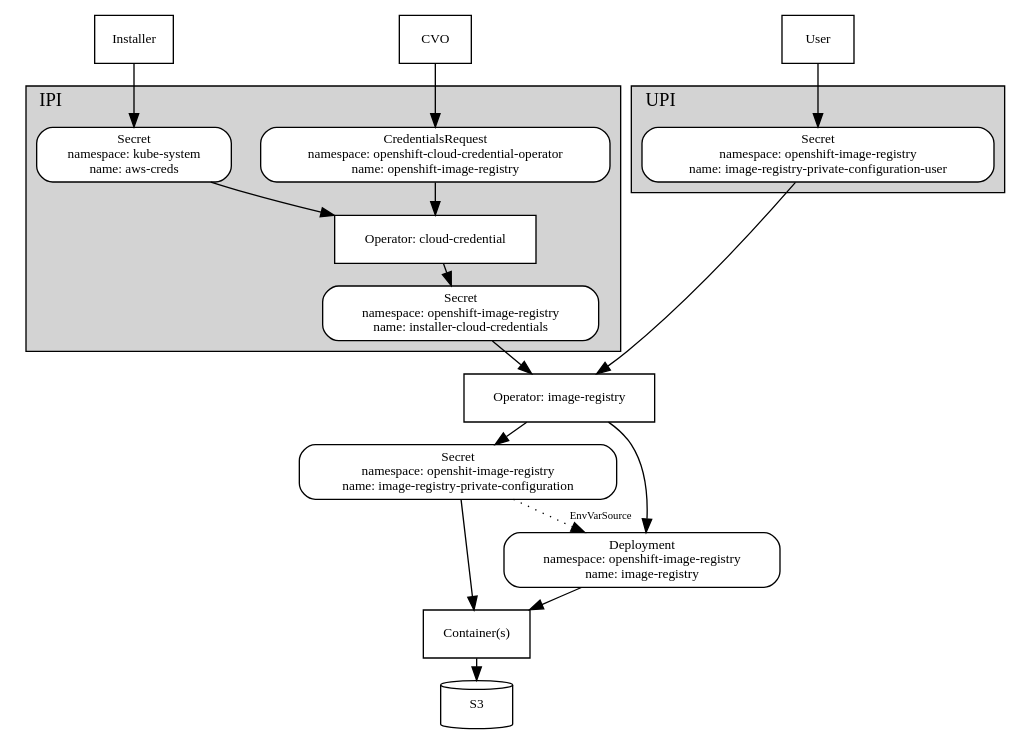
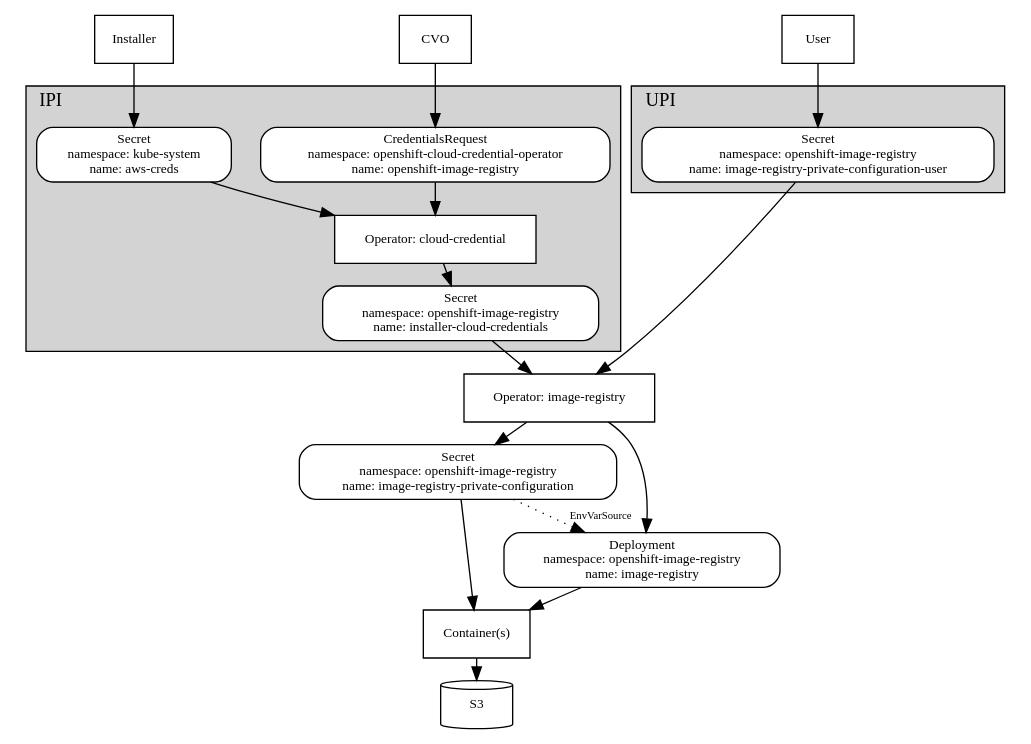
One commit to openshift/cluster-image-registry-operator changed the diagram in docs/aws-creds.dot. Above: the diagram before and after it, drawn with Graphviz. The commit also changed 1 other file, not shown here.

```diff
--- a/docs/aws-creds.dot
+++ b/docs/aws-creds.dot
@@ -1,49 +1,49 @@
 digraph G {
     compound = true
     graph [ordering="out",style="filled",nodesep=0.3,ranksep=0.2,labeljust=l]
     node  [shape="rectangle",style="rounded,filled",fillcolor="#ffffff",fontsize=10]
     edge  [fontsize=8]
 
     {
         rank = same
         node [style="filled"]
 
         installer [shape=box,label="Installer"]
         cvo [shape=box,label="CVO"]
         user [shape=box,label="User"]
     }
 
     subgraph cluster_0 {
         label = "IPI"
         system_creds [label="Secret\nnamespace: kube-system\nname: aws-creds"]
         local_creds [label="Secret\nnamespace: openshift-image-registry\nname: installer-cloud-credentials"]
         creds_request [label="CredentialsRequest\nnamespace: openshift-cloud-credential-operator\nname: openshift-image-registry"]
         cred_minter [shape=box,style="filled",label="Operator: cloud-credential"]
         system_creds -> cred_minter
         creds_request -> cred_minter
         cred_minter -> local_creds
     }
 
     subgraph cluster_1 {
         label = "UPI"
         user_creds [label="Secret\nnamespace: openshift-image-registry\nname: image-registry-private-configuration-user"]
     }
 
     operator [shape=box,style="filled",label="Operator: image-registry"]
-    private [label="Secret\nnamespace: openshit-image-registry\nname: image-registry-private-configuration"]
+    private [label="Secret\nnamespace: openshift-image-registry\nname: image-registry-private-configuration"]
     deployment [label="Deployment\nnamespace: openshift-image-registry\nname: image-registry"]
     containers [shape=box,style="filled",label="Container(s)"]
     s3 [shape=cylinder,style="filled",label="S3"]
 
     installer -> system_creds
     cvo -> creds_request
     user -> user_creds
     local_creds -> operator
     user_creds -> operator
     operator -> private
     operator -> deployment
     private -> deployment [style=dotted,label="EnvVarSource"]
     deployment -> containers
     private -> containers
     containers -> s3
 }
```
